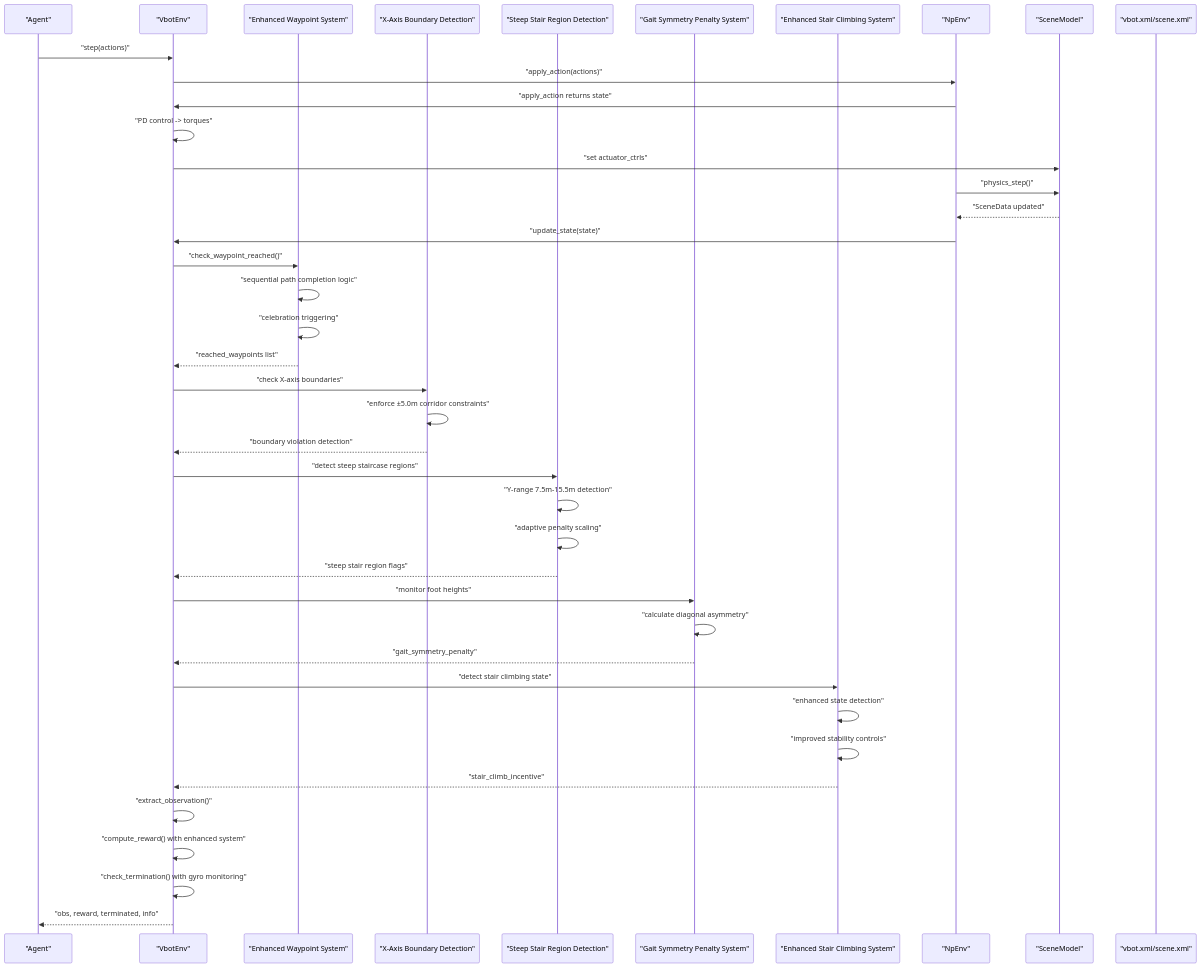
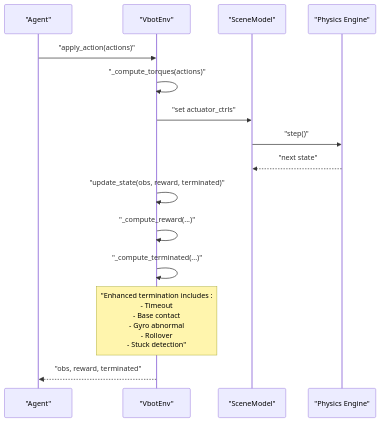
The second of 7 diagrams in .qoder/repowiki/en/content/Navigation Environments/VBot Navigation/VBot Base Environment.md (jayjayhust/MotrixLab), drawn with Mermaid before and after one commit. The commit also changed other lines of this file and 8 other files, not shown here.

````diff
--- a/.qoder/repowiki/en/content/Navigation Environments/VBot Navigation/VBot Base Environment.md
+++ b/.qoder/repowiki/en/content/Navigation Environments/VBot Navigation/VBot Base Environment.md
@@ -208,43 +101,17 @@
 ```mermaid
 sequenceDiagram
 participant Agent as "Agent"
 participant Env as "VbotEnv"
-participant WaypointSystem as "Enhanced Waypoint System"
-participant BoundarySystem as "X-Axis Boundary Detection"
-participant SteepStairSystem as "Steep Stair Region Detection"
-participant GaitSystem as "Gait Symmetry Penalty System"
-participant StairSystem as "Enhanced Stair Climbing System"
-participant Base as "NpEnv"
 participant Model as "SceneModel"
-participant XML as "vbot.xml/scene.xml"
-Agent->>Env : "step(actions)"
-Env->>Base : "apply_action(actions)"
-Base->>Env : "apply_action returns state"
-Env->>Env : "PD control -> torques"
+participant Sim as "Physics Engine"
+Agent->>Env : "apply_action(actions)"
+Env->>Env : "_compute_torques(actions)"
 Env->>Model : "set actuator_ctrls"
-Base->>Model : "physics_step()"
-Model-->>Base : "SceneData updated"
-Base->>Env : "update_state(state)"
-Env->>WaypointSystem : "check_waypoint_reached()"
-WaypointSystem->>WaypointSystem : "sequential path completion logic"
-WaypointSystem->>WaypointSystem : "celebration triggering"
-WaypointSystem-->>Env : "reached_waypoints list"
-Env->>BoundarySystem : "check X-axis boundaries"
-BoundarySystem->>BoundarySystem : "enforce ±5.0m corridor constraints"
-BoundarySystem-->>Env : "boundary violation detection"
-Env->>SteepStairSystem : "detect steep staircase regions"
-SteepStairSystem->>SteepStairSystem : "Y-range 7.5m-15.5m detection"
-SteepStairSystem->>SteepStairSystem : "adaptive penalty scaling"
-SteepStairSystem-->>Env : "steep stair region flags"
-Env->>GaitSystem : "monitor foot heights"
-GaitSystem->>GaitSystem : "calculate diagonal asymmetry"
-GaitSystem-->>Env : "gait_symmetry_penalty"
-Env->>StairSystem : "detect stair climbing state"
-StairSystem->>StairSystem : "enhanced state detection"
-StairSystem->>StairSystem : "improved stability controls"
-StairSystem-->>Env : "stair_climb_incentive"
-Env->>Env : "extract_observation()"
-Env->>Env : "compute_reward() with enhanced system"
-Env->>Env : "check_termination() with gyro monitoring"
-Env-->>Agent : "obs, reward, terminated, info"
+Model->>Sim : "step()"
+Sim-->>Model : "next state"
+Env->>Env : "update_state(obs, reward, terminated)"
+Env->>Env : "_compute_reward(...)"
+Env->>Env : "_compute_terminated(...)"
+Note over Env : "Enhanced termination includes : <br/>- Timeout<br/>- Base contact<br/>- Gyro abnormal<br/>- Rollover<br/>- Stuck detection"
+Env-->>Agent : "obs, reward, terminated"
 ```
````
